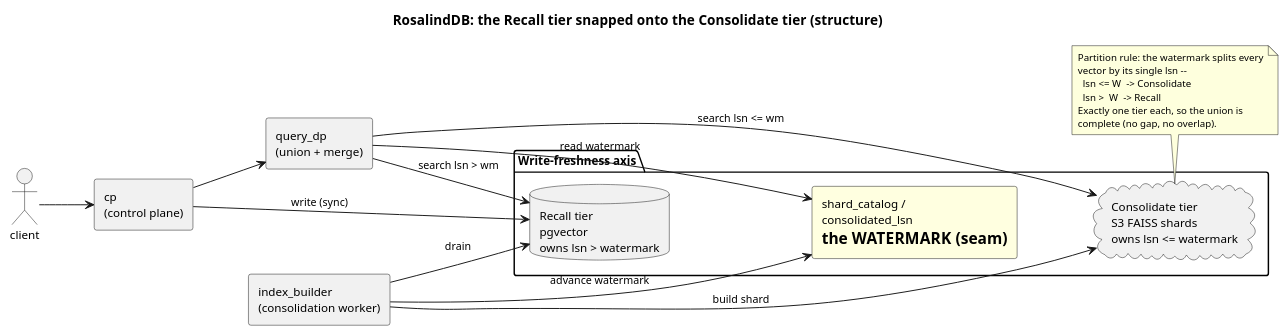
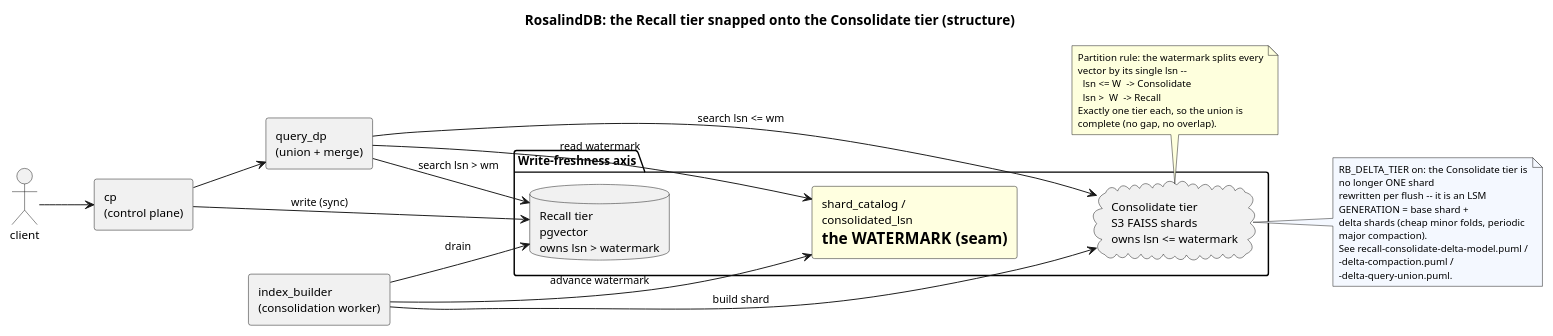
The diagram in docs/architecture/diagrams/recall-consolidate-tandem.puml (rosalinddb/rosalinddb), drawn with PlantUML before and after one commit. The commit also changed 4 other files, not shown here.

First line of the commit message:
docs(architecture): delta-tier diagrams (base+delta LSM)

```diff
--- a/docs/architecture/diagrams/recall-consolidate-tandem.puml
+++ b/docs/architecture/diagrams/recall-consolidate-tandem.puml
@@ -1,67 +1,75 @@
 @startuml recall-consolidate-tandem
 ' STRUCTURAL overview: how the Recall tier snaps onto the Consolidate tier.
 ' Recall (pgvector) owns lsn > watermark; Consolidate (S3 FAISS shards) owns
 ' lsn <= watermark; shard_catalog/consolidated_lsn is the SEAM between them.
 ' This is a STRUCTURE view -- the step-by-step flows live in the lifecycle,
 ' consolidation, and query-union SEQUENCE diagrams, not here.
 '
 ' NOTE: "Recall <-> Consolidate" here is the WRITE-FRESHNESS axis. It is a
 ' DIFFERENT axis from the SSD-cache "hot/cold" storage-distance axis in
 ' ssd-cache-tiers.puml -- do not conflate them. The SSD/RAM cache holds
 ' disposable copies of consolidated shards and never affects completeness.
 
 title RosalindDB: the Recall tier snapped onto the Consolidate tier (structure)
 
 left to right direction
 
 skinparam componentStyle rectangle
 skinparam shadowing false
 skinparam defaultFontName Helvetica
 skinparam defaultFontSize 12
 skinparam ArrowFontSize 11
 skinparam NoteFontSize 10
 skinparam wrapWidth 200
 skinparam nodesep 25
 skinparam ranksep 55
 
 actor "client" as client
 
 component "cp\n(control plane)" as cp
 component "query_dp\n(union + merge)" as dp
 component "index_builder\n(consolidation worker)" as builder
 
 package "Write-freshness axis" {
   database "Recall tier\npgvector\nowns lsn > watermark" as recall
   rectangle "shard_catalog /\nconsolidated_lsn\n= the WATERMARK (seam)" as catalog #LightYellow
   cloud "Consolidate tier\nS3 FAISS shards\nowns lsn <= watermark" as os
 }
 
 ' ---- control plane fans out to the two data-plane workers ----
 client --> cp
 cp --> dp
 cp --> recall : write (sync)
 
 ' ---- consolidation worker: drain Recall, build shard, advance watermark ----
 builder --> recall : drain
 builder --> os : build shard
 builder --> catalog : advance watermark
 
 ' ---- query: read watermark, then search both sides of the seam ----
 dp --> catalog : read watermark
 dp --> recall : search lsn > wm
 dp --> os : search lsn <= wm
 
 ' keep the seam laid out BETWEEN the two tiers (left-to-right rank order)
 recall -[hidden]down-> catalog
 catalog -[hidden]down-> os
 
 note bottom of os
   Partition rule: the watermark splits every
   vector by its single lsn --
     lsn <= W  -> Consolidate
     lsn >  W  -> Recall
   Exactly one tier each, so the union is
   complete (no gap, no overlap).
 end note
 
+note right of os #F4F8FF
+  RB_DELTA_TIER on: the Consolidate tier is no longer ONE shard
+  rewritten per flush -- it is an LSM GENERATION = base shard +
+  delta shards (cheap minor folds, periodic major compaction).
+  See recall-consolidate-delta-model.puml /
+  -delta-compaction.puml / -delta-query-union.puml.
+end note
+
 @enduml
```
